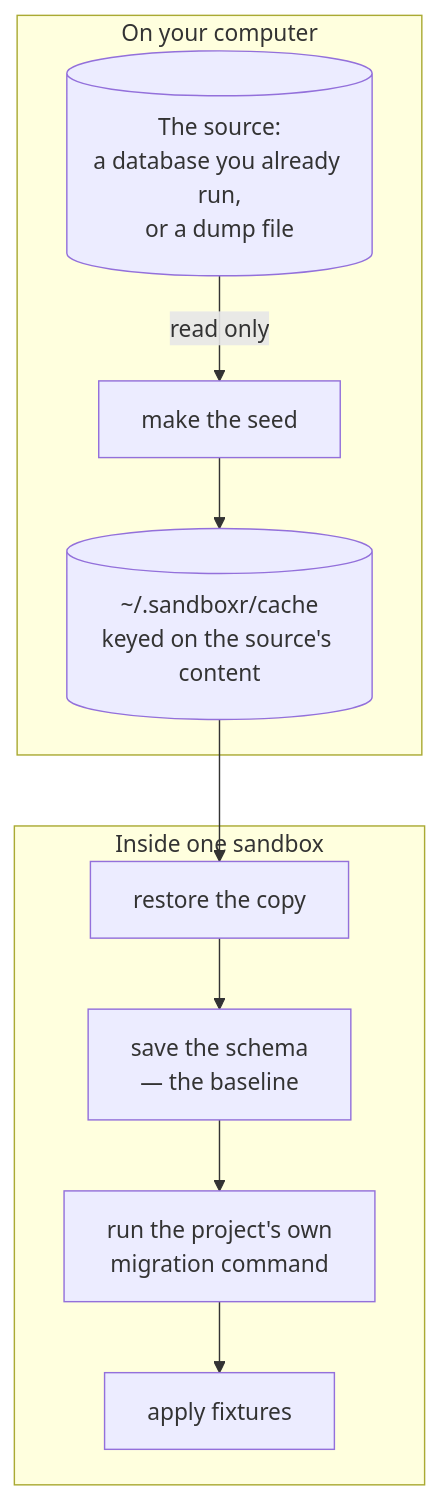
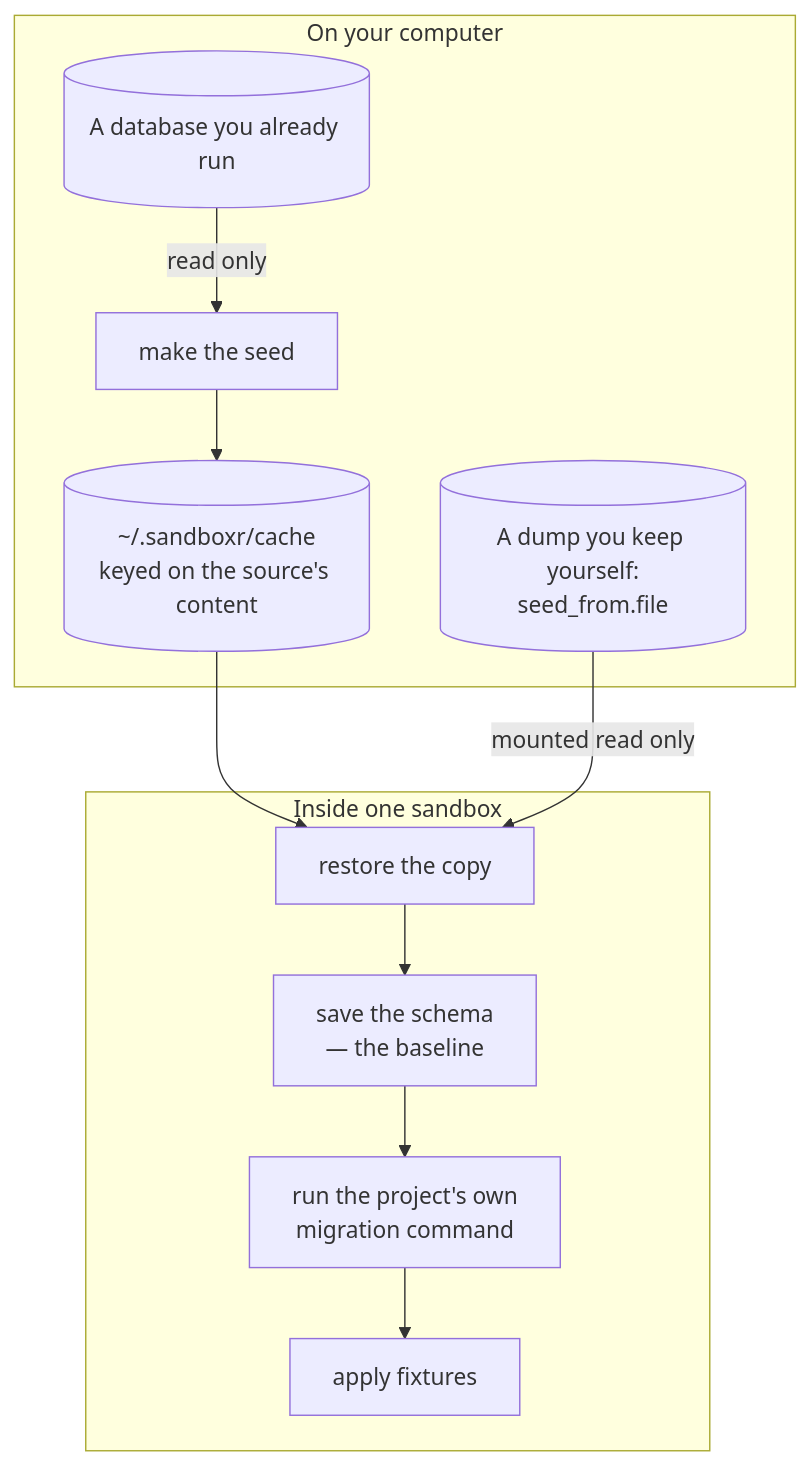
One commit to mattmoran56/sandboxer-core changed the diagram in docs/databases.md. Above: the diagram before and after it, drawn with Mermaid. The commit also changed other lines of this file and 19 other files, not shown here.

````diff
--- a/docs/databases.md
+++ b/docs/databases.md
@@ -79,18 +79,20 @@
 ```mermaid
 flowchart TB
   subgraph hostside["On your computer"]
-    src[("The source:<br/>a database you already run,<br/>or a dump file")]
+    src[("A database you already run")]
     ps["make the seed"]
     cache[("~/.sandboxr/cache<br/>keyed on the source's content")]
+    decl[("A dump you keep yourself:<br/>seed_from.file")]
   end
   subgraph inside["Inside one sandbox"]
     prov["restore the copy"]
     snap1["save the schema<br/>— the baseline"]
     mig["run the project's own<br/>migration command"]
     fx["apply fixtures"]
   end
   src -->|"read only"| ps
   ps --> cache
   cache --> prov
+  decl -->|"mounted read only"| prov
   prov --> snap1 --> mig --> fx
 ```
````
